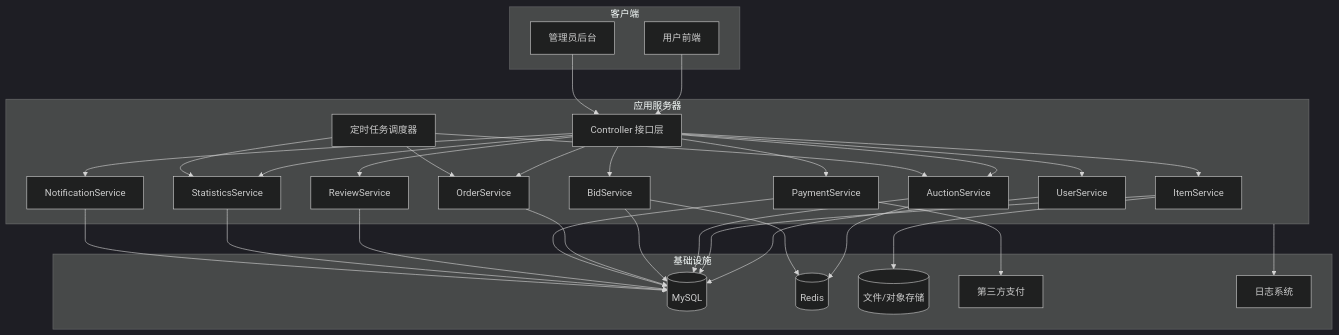
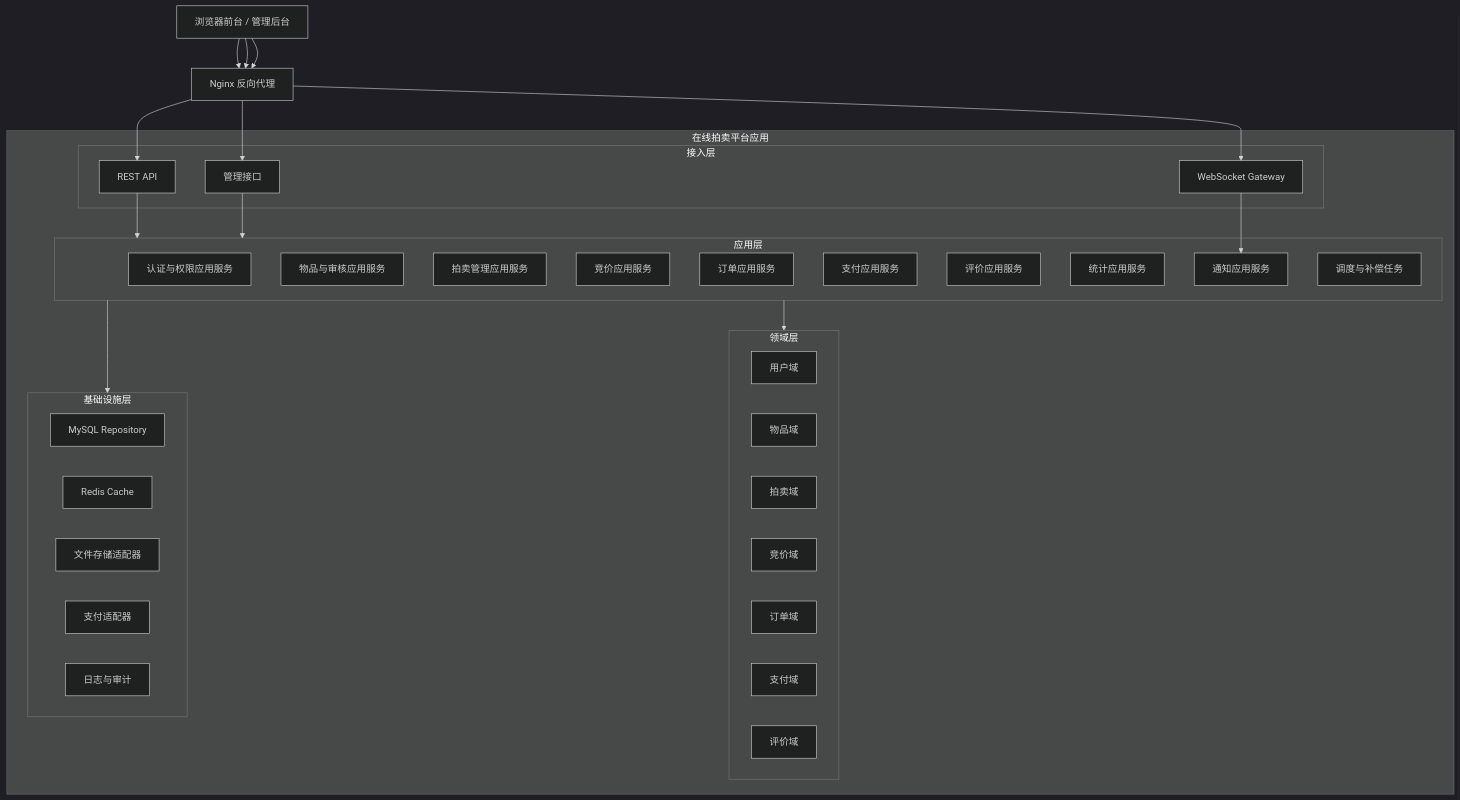
One commit to Ljh998244353/software_course_design changed the second of 7 diagrams in docs/系统概要设计报告.md. Above: the diagram before and after it, drawn with Mermaid (dark theme). The commit also changed other lines of this file and 926 other files, not shown here.

````diff
--- a/docs/系统概要设计报告.md
+++ b/docs/系统概要设计报告.md
@@ -168,60 +158,55 @@
 ```mermaid
 flowchart TB
-    subgraph Client[客户端]
-        U1[用户前端]
-        U2[管理员后台]
+    Client[浏览器前台 / 管理后台]
+    Nginx[Nginx 反向代理]
+
+    subgraph App[在线拍卖平台应用]
+        subgraph Access[接入层]
+            Rest[REST API]
+            Ws[WebSocket Gateway]
+            AdminApi[管理接口]
+        end
+
+        subgraph Application[应用层]
+            AuthApp[认证与权限应用服务]
+            ItemApp[物品与审核应用服务]
+            AuctionApp[拍卖管理应用服务]
+            BidApp[竞价应用服务]
+            OrderApp[订单应用服务]
+            PaymentApp[支付应用服务]
+            ReviewApp[评价应用服务]
+            StatsApp[统计应用服务]
+            NotifyApp[通知应用服务]
+            JobApp[调度与补偿任务]
+        end
+
+        subgraph Domain[领域层]
+            UserDomain[用户域]
+            ItemDomain[物品域]
+            AuctionDomain[拍卖域]
+            BidDomain[竞价域]
+            OrderDomain[订单域]
+            PaymentDomain[支付域]
+            ReviewDomain[评价域]
+        end
+
+        subgraph Infra[基础设施层]
+            Repo[MySQL Repository]
+            Cache[Redis Cache]
+            FileAdapter[文件存储适配器]
+            PayAdapter[支付适配器]
+            LogAudit[日志与审计]
+        end
     end
 
-    subgraph Server[应用服务器]
-        C1[Controller 接口层]
-        S1[UserService]
-        S2[ItemService]
-        S3[AuctionService]
-        S4[BidService]
-        S5[OrderService]
-        S6[PaymentService]
-        S7[ReviewService]
-        S8[StatisticsService]
-        S9[NotificationService]
-        T1[定时任务调度器]
-    end
+    Client --> Nginx --> Rest
+    Client --> Nginx --> Ws
+    Client --> Nginx --> AdminApi
 
-    subgraph Infra[基础设施]
-        DB[(MySQL)]
-        Cache[(Redis)]
-        File[(文件/对象存储)]
-        Pay[第三方支付]
-        Log[日志系统]
-    end
+    Rest --> Application
+    Ws --> NotifyApp
+    AdminApi --> Application
 
-    U1 --> C1
-    U2 --> C1
-    C1 --> S1
-    C1 --> S2
-    C1 --> S3
-    C1 --> S4
-    C1 --> S5
-    C1 --> S6
-    C1 --> S7
-    C1 --> S8
-    C1 --> S9
-
-    S1 --> DB
-    S2 --> DB
-    S2 --> File
-    S3 --> DB
-    S3 --> Cache
-    S4 --> DB
-    S4 --> Cache
-    S5 --> DB
-    S6 --> DB
-    S6 --> Pay
-    S7 --> DB
-    S8 --> DB
-    S9 --> DB
-    T1 --> S3
-    T1 --> S5
-    T1 --> S8
-
-    Server --> Log
+    Application --> Domain
+    Application --> Infra
 ```
````
